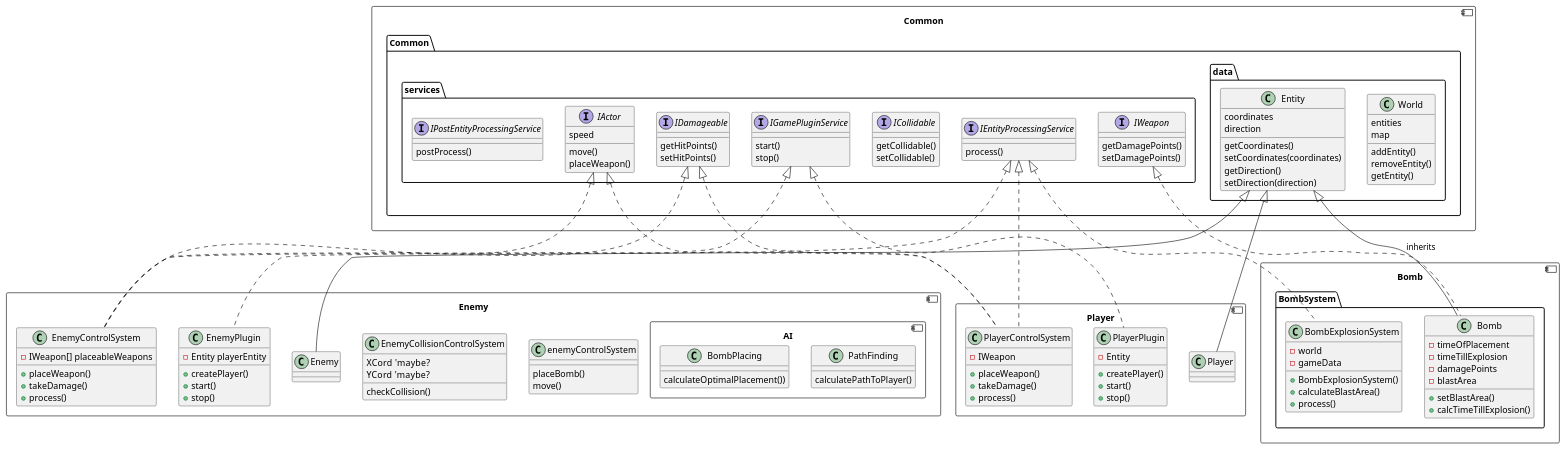
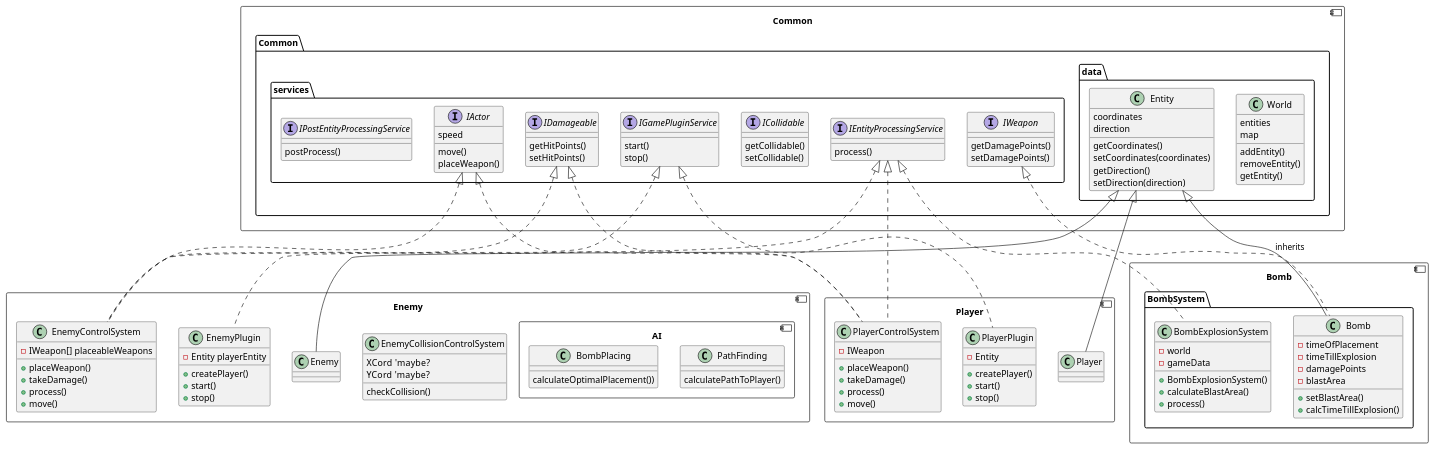
The diagram in Documentation/class_diagram.puml (TidosDK/boom-battle), drawn with PlantUML before and after one commit.

Commit message:
Add move to Player and Enemy

```diff
--- a/Documentation/class_diagram.puml
+++ b/Documentation/class_diagram.puml
@@ -1,174 +1,172 @@
 @startuml
 component Common {
     package Common {
 
         package services {
             interface IActor {
                 speed
                 move()
                 placeWeapon()
             }
 
             interface IWeapon {
                 getDamagePoints()
                 setDamagePoints()
             }
 
             interface ICollidable {
                 getCollidable()
                 setCollidable()
             }
 
             interface IDamageable {
                 getHitPoints()
                 setHitPoints()
             }
 
             interface IGamePluginService {
                 start()
                 stop()
             }
 
             interface IEntityProcessingService {
                 process()
             }
 
             interface IPostEntityProcessingService {
                 postProcess()
             }
         }
 
         package data {
             class World {
                 entities
                 map
                 addEntity()
                 removeEntity()
                 getEntity()
             }
 
             class Entity {
                 coordinates
                 direction
 
                 getCoordinates()
                 setCoordinates(coordinates)
                 getDirection()
                 setDirection(direction)
             }
         }
     }
 
 
 '	component Parts {
 '		interface EntityPart {
 '			process()
 '		}
 '
 '		class LifePart implements EntityPart {
 '		}
 '
 '		class MovingPart implements EntityPart {
 '		}
 '
 '		class PositionPart implements EntityPart {
 '		}
 '
 '	}
 }
 component Bomb{
     package BombSystem {
         class Bomb implements Common.Common.services.IWeapon{
             - timeOfPlacement
             - timeTillExplosion
             - damagePoints
             - blastArea
             + setBlastArea()
             + calcTimeTillExplosion()
         }
         Bomb --|> Entity : inherits
 
         class BombExplosionSystem implements Common.Common.services.IEntityProcessingService {
             - world
             - gameData
             + BombExplosionSystem()
             + calculateBlastArea()
             + process()
         }
     }
 }
 
 component Enemy{
-    class enemyControlSystem{
-        placeBomb()
-        move()
-    }
     component AI{
     'maybe an interface
         class PathFinding{
             calculatePathToPlayer()
         }
 
         class BombPlacing {
             calculateOptimalPlacement())
         }
     }
 
     class EnemyCollisionControlSystem{
         XCord  'maybe?
         YCord  'maybe?
         checkCollision()
     }
 
     class Enemy {
         }
 
         class EnemyControlSystem {
         - IWeapon[] placeableWeapons
         + placeWeapon()
         + takeDamage()
         + process()
+        + move()
         }
 
         class EnemyPlugin {
         - Entity playerEntity
         + createPlayer()
         + start()
         + stop()
         }
 
         Common.Common.services.IActor <|.. Enemy.EnemyControlSystem
         Common.Common.services.IDamageable <|.. Enemy.EnemyControlSystem
         Common.Common.data.Entity <|-- Enemy.Enemy
         Common.Common.services.IEntityProcessingService <|.. Enemy.EnemyControlSystem
         Common.Common.services.IGamePluginService <|.. Enemy.EnemyPlugin
 }
 	
 component Player {
     class Player {
     }
 
     class PlayerControlSystem {
     - IWeapon
     + placeWeapon()
     + takeDamage()
     + process()
+    + move()
     }
 
     class PlayerPlugin {
     - Entity
     + createPlayer()
     + start()
     + stop()
     }
 
     Common.Common.services.IActor <|.. Player.PlayerControlSystem
     Common.Common.services.IDamageable <|.. Player.PlayerControlSystem
     Common.Common.data.Entity <|-- Player.Player
     Common.Common.services.IEntityProcessingService <|.. Player.PlayerControlSystem
     Common.Common.services.IGamePluginService <|.. Player.PlayerPlugin
 }
 
 
 
 @enduml
```
